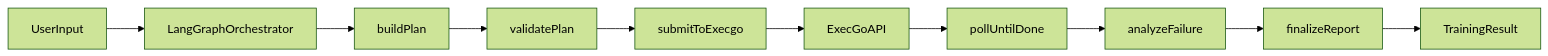
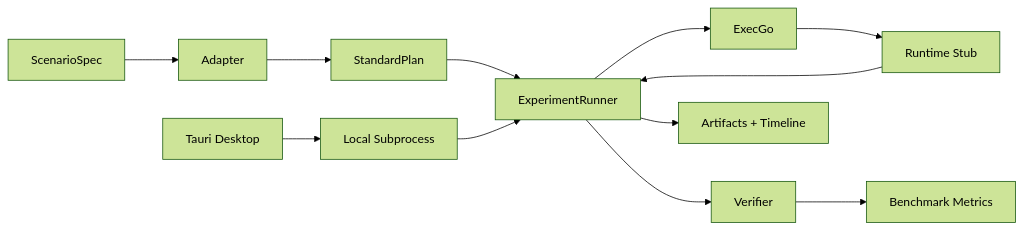
The diagram in docs/architecture.md (iammm0/execgo-playground), drawn with Mermaid (forest theme) before and after one commit. The commit also changed other lines of this file and 152 other files, not shown here.

````diff
--- a/docs/architecture.md
+++ b/docs/architecture.md
@@ -42,12 +87,14 @@
 ```mermaid
 flowchart LR
-userInput[UserInput] --> graphLayer[LangGraphOrchestrator]
-graphLayer --> buildPlanNode[buildPlan]
-buildPlanNode --> validatePlanNode[validatePlan]
-validatePlanNode --> submitNode[submitToExecgo]
-submitNode --> execgoApi[ExecGoAPI]
-execgoApi --> pollNode[pollUntilDone]
-pollNode --> analysisNode[analyzeFailure]
-analysisNode --> reportNode[finalizeReport]
-reportNode --> outputResult[TrainingResult]
+  scenario[ScenarioSpec] --> adapter[Adapter]
+  adapter --> plan[StandardPlan]
+  plan --> runner[ExperimentRunner]
+  runner --> execgo[ExecGo]
+  execgo --> runtime[Runtime Stub]
+  runtime --> runner
+  runner --> verifier[Verifier]
+  runner --> artifacts[Artifacts + Timeline]
+  verifier --> benchmark[Benchmark Metrics]
+  desktop[Tauri Desktop] --> subprocess[Local Subprocess]
+  subprocess --> runner
 ```
````
